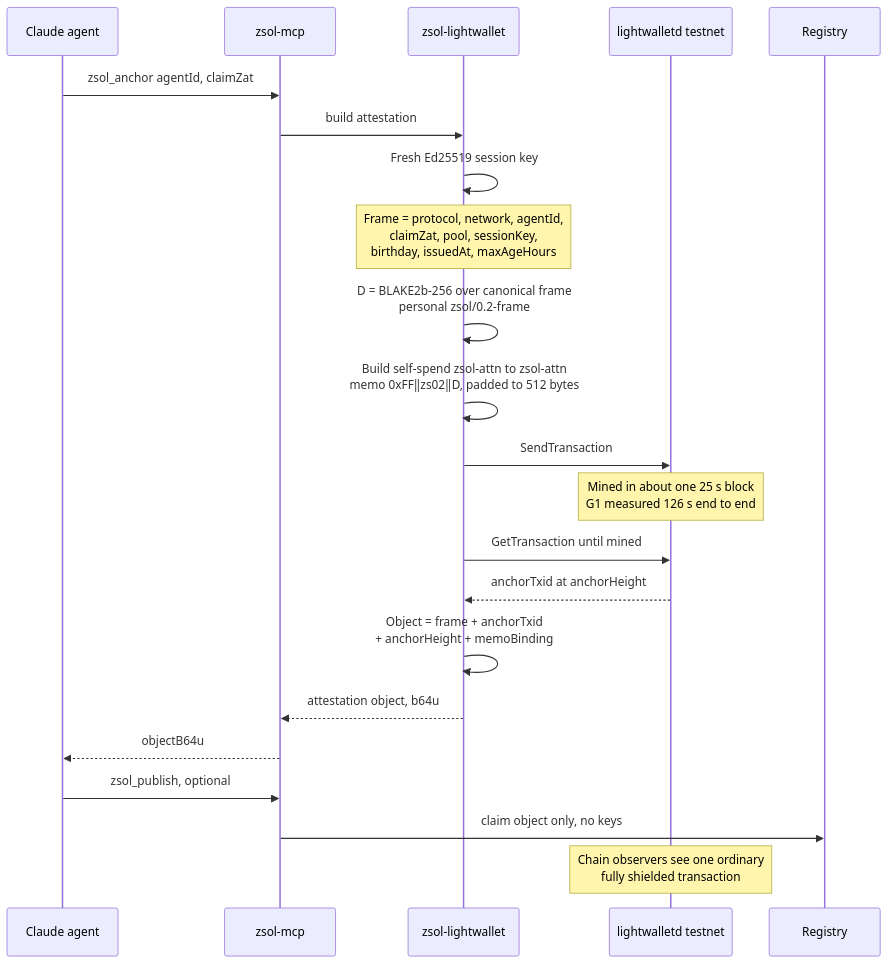
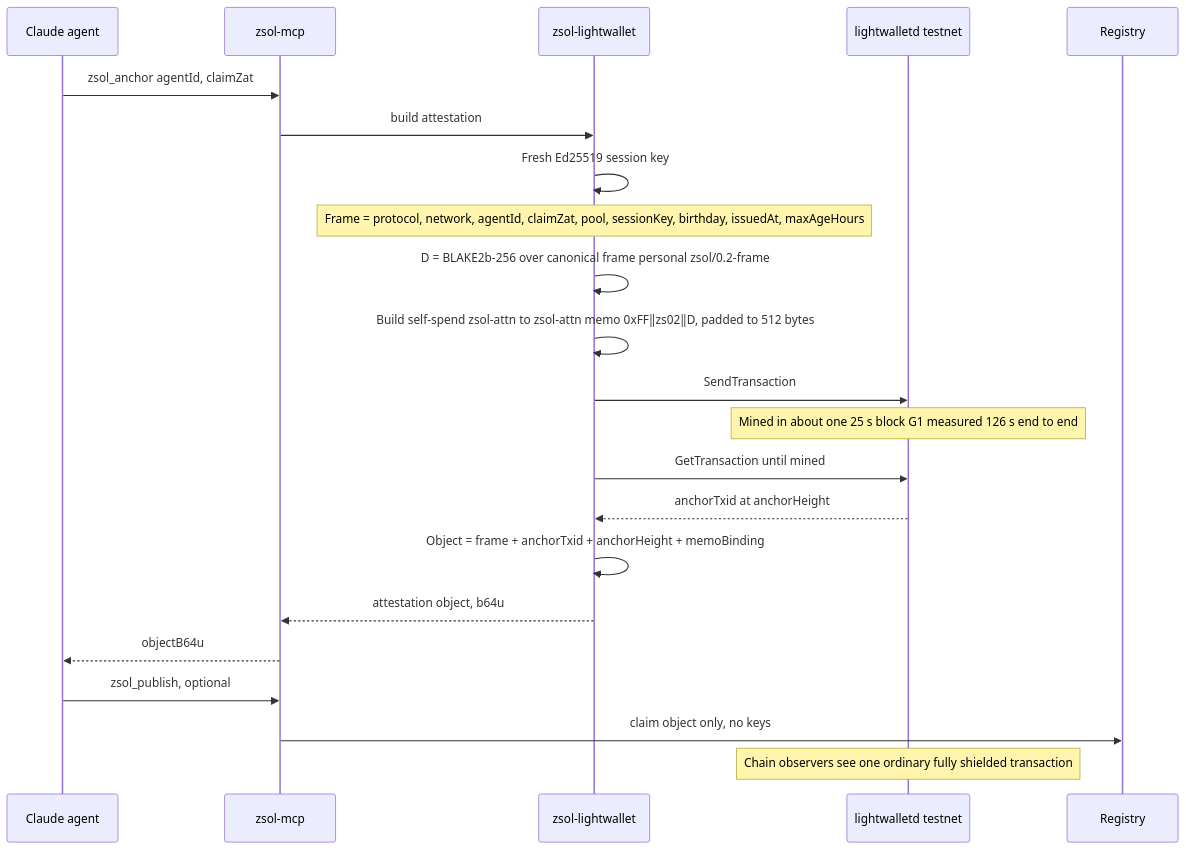
One commit to Srizdebnath/zsol changed the diagram in docs/diagrams/04-attestation-anchor.mmd. Above: the diagram before and after it, drawn with Mermaid. The commit also changed 17 other files, not shown here.

Commit message:
README: Excalidraw renders of all eight diagrams; drop <br/> from Mermaid sources (Excalidraw prints it literally)

```diff
--- a/docs/diagrams/04-attestation-anchor.mmd
+++ b/docs/diagrams/04-attestation-anchor.mmd
@@ -1,23 +1,23 @@
 sequenceDiagram
     participant AG as Claude agent
     participant MCP as zsol-mcp
     participant W as zsol-lightwallet
     participant L as lightwalletd testnet
     participant R as Registry
 
     AG->>MCP: zsol_anchor agentId, claimZat
     MCP->>W: build attestation
     W->>W: Fresh Ed25519 session key
-    Note over W: Frame = protocol, network, agentId,<br/>claimZat, pool, sessionKey,<br/>birthday, issuedAt, maxAgeHours
-    W->>W: D = BLAKE2b-256 over canonical frame<br/>personal zsol/0.2-frame
-    W->>W: Build self-spend zsol-attn to zsol-attn<br/>memo 0xFF‖zs02‖D, padded to 512 bytes
+    Note over W: Frame = protocol, network, agentId, claimZat, pool, sessionKey, birthday, issuedAt, maxAgeHours
+    W->>W: D = BLAKE2b-256 over canonical frame personal zsol/0.2-frame
+    W->>W: Build self-spend zsol-attn to zsol-attn memo 0xFF‖zs02‖D, padded to 512 bytes
     W->>L: SendTransaction
-    Note over L: Mined in about one 25 s block<br/>G1 measured 126 s end to end
+    Note over L: Mined in about one 25 s block G1 measured 126 s end to end
     W->>L: GetTransaction until mined
     L-->>W: anchorTxid at anchorHeight
-    W->>W: Object = frame + anchorTxid<br/>+ anchorHeight + memoBinding
+    W->>W: Object = frame + anchorTxid + anchorHeight + memoBinding
     W-->>MCP: attestation object, b64u
     MCP-->>AG: objectB64u
     AG->>MCP: zsol_publish, optional
     MCP->>R: claim object only, no keys
-    Note over L: Chain observers see one ordinary<br/>fully shielded transaction
+    Note over L: Chain observers see one ordinary fully shielded transaction
```
